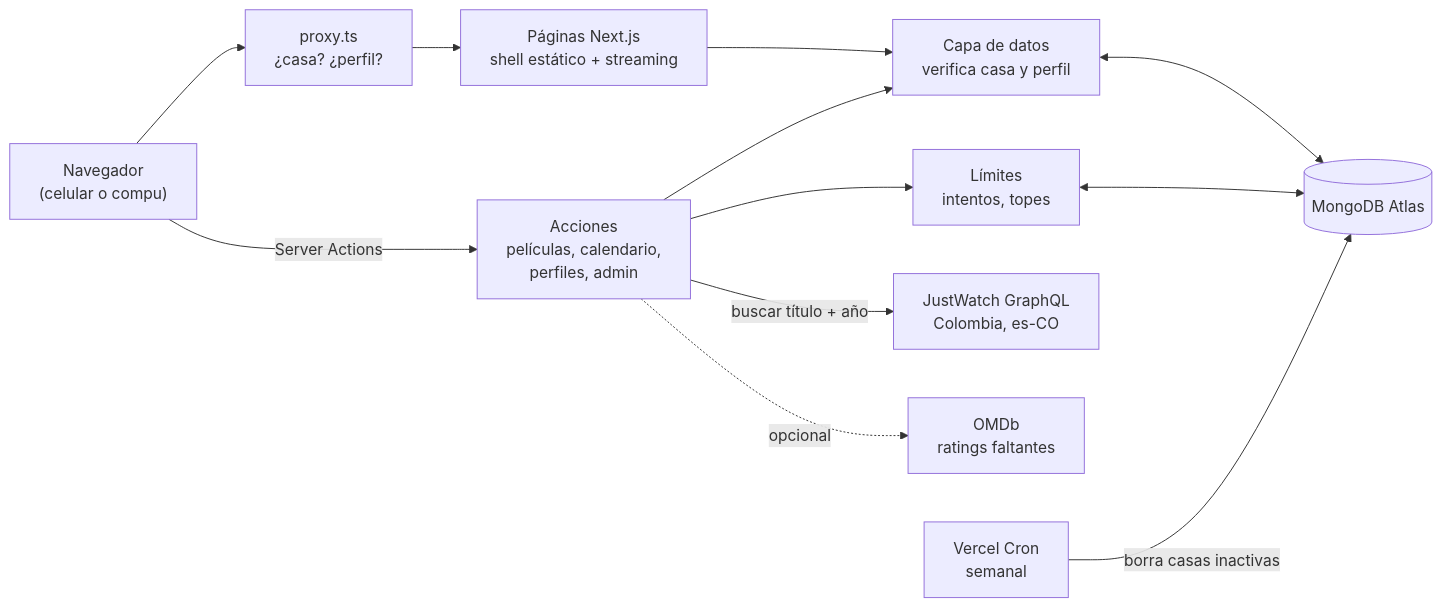
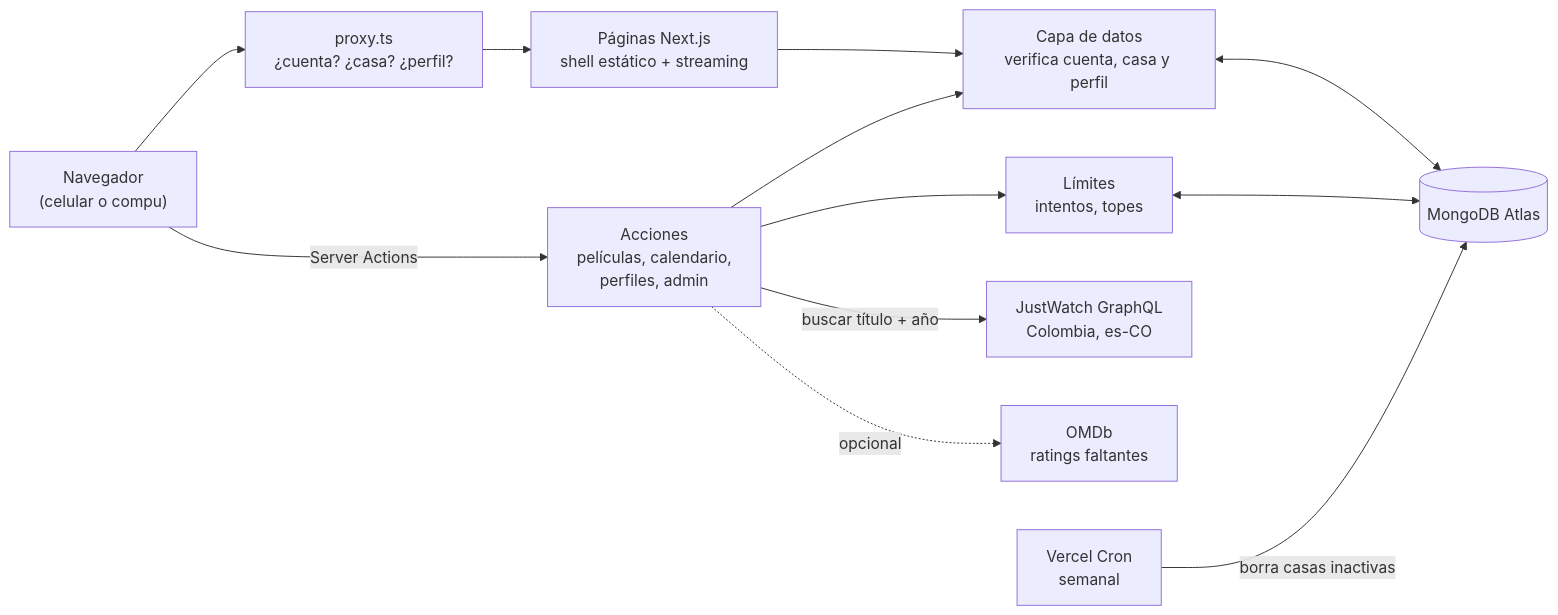
The first of 3 diagrams in README.md (Jvrmmora/christmas-movies-select), drawn with Mermaid before and after one commit. The commit also changed other lines of this file and 49 other files, not shown here.

````diff
--- a/README.md
+++ b/README.md
@@ -102,14 +107,14 @@
 ```mermaid
 flowchart LR
-  U["Navegador<br/>(celular o compu)"] --> P["proxy.ts<br/>¿casa? ¿perfil?"]
+  U["Navegador<br/>(celular o compu)"] --> P["proxy.ts<br/>¿cuenta? ¿casa? ¿perfil?"]
   P --> RSC["Páginas Next.js<br/>shell estático + streaming"]
   U -->|"Server Actions"| SA["Acciones<br/>películas, calendario,<br/>perfiles, admin"]
-  RSC --> DAL["Capa de datos<br/>verifica casa y perfil"]
+  RSC --> DAL["Capa de datos<br/>verifica cuenta, casa y perfil"]
   SA --> DAL
   SA --> RL["Límites<br/>intentos, topes"]
   DAL <--> DB[("MongoDB Atlas")]
   RL <--> DB
   SA -->|"buscar título + año"| JW["JustWatch GraphQL<br/>Colombia, es-CO"]
   SA -.->|"opcional"| OM["OMDb<br/>ratings faltantes"]
   CR["Vercel Cron<br/>semanal"] -->|"borra casas inactivas"| DB
 ```
````
